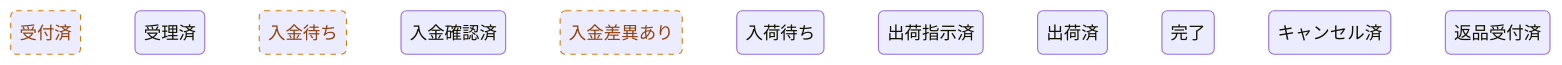
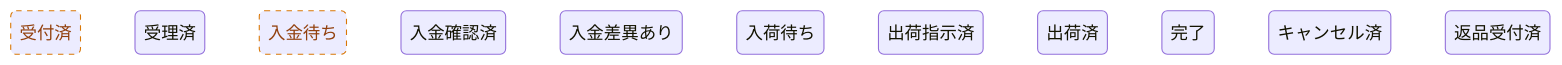
Before and after one commit to Nke0628/rdra-webapp: diagram 25 of 29 in docs/rdra/diagrams.md, drawn with Mermaid. The commit also changed other lines of this file and 8 other files, not shown here.

````diff
--- a/docs/rdra/diagrams.md
+++ b/docs/rdra/diagrams.md
@@ -449,16 +511,16 @@
 ```mermaid
 stateDiagram-v2
   state "受付済" as s1
   state "受理済" as s2
   state "入金待ち" as s3
   state "入金確認済" as s4
   state "入金差異あり" as s5
   state "入荷待ち" as s6
   state "出荷指示済" as s7
   state "出荷済" as s8
   state "完了" as s9
   state "キャンセル済" as s10
   state "返品受付済" as s11
   classDef hyp stroke-dasharray:5 5,stroke:#d97706,color:#92400e
-  class s1,s3,s5 hyp
+  class s1,s3 hyp
 ```
````
